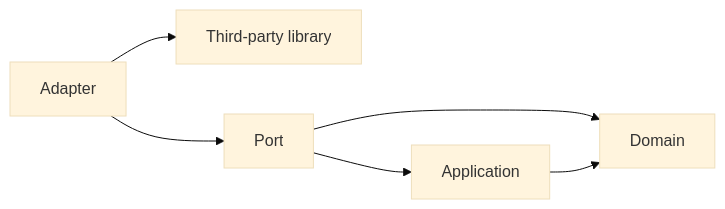
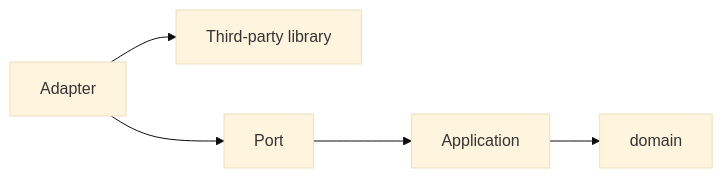
Before and after one commit to virtualitems/tshex-cli: the fifth of 6 diagrams in docs/library-structure.md, drawn with Mermaid (base theme). The commit also changed other lines of this file and 2 other files, not shown here.

````diff
--- a/docs/library-structure.md
+++ b/docs/library-structure.md
@@ -128,8 +135,7 @@
 ```mermaid
 flowchart LR
     adapter[Adapter] --> thirdParty["Third-party library"]
     adapter --> port[Port]
     port --> application[Application]
-    port --> domain[Domain]
     application --> domain
 ```
````
